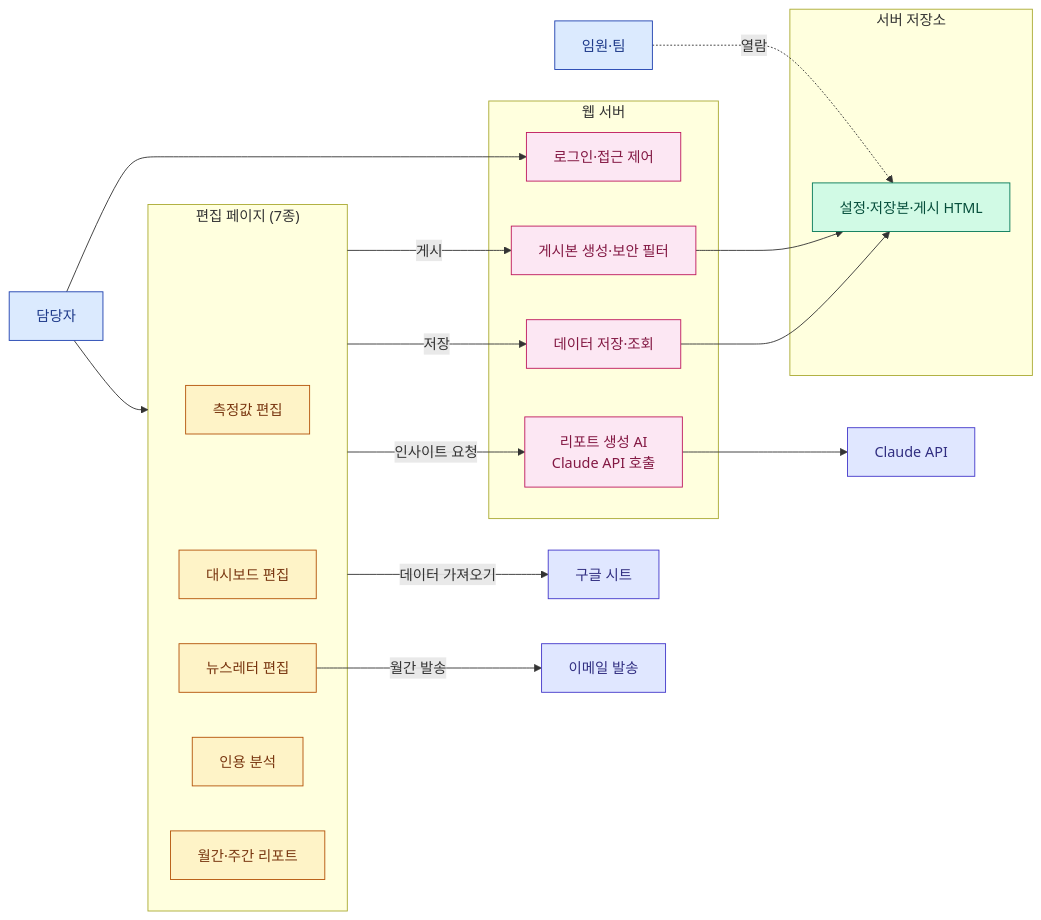
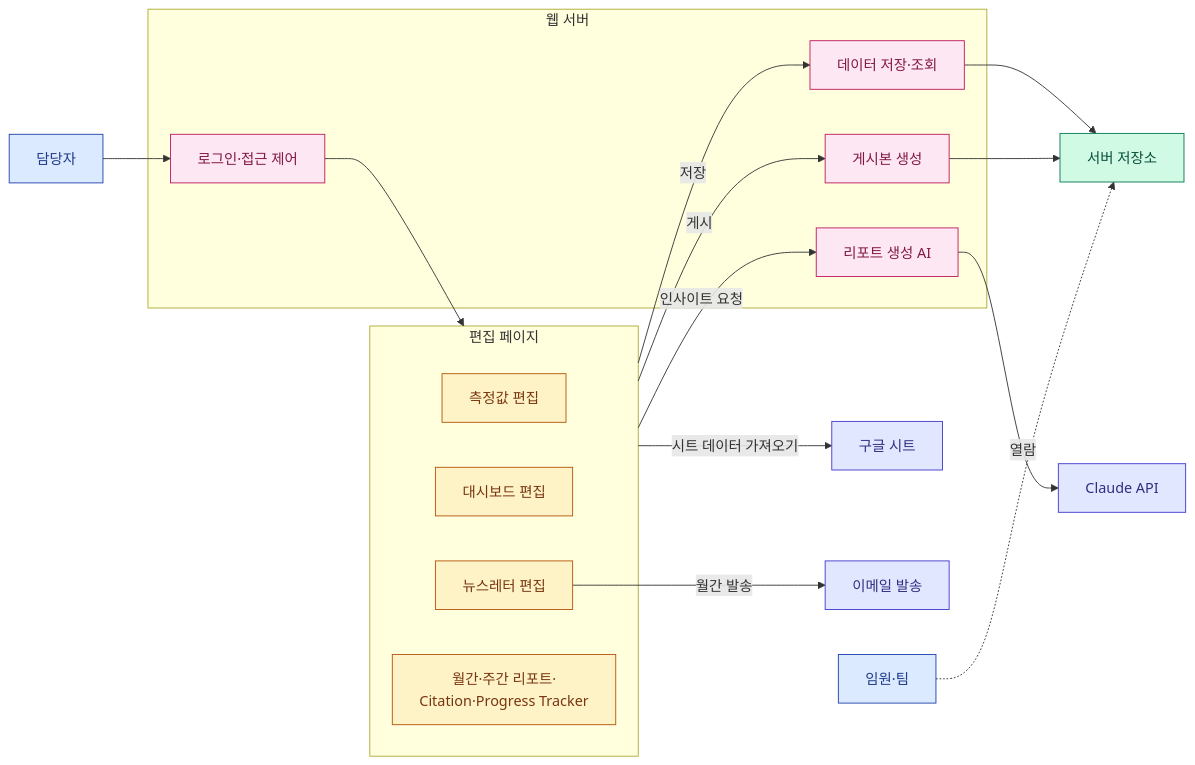
The first of 4 diagrams in docs/ADMIN_PLAN.md (mts8787-droid/my-geo-newsletter), drawn with Mermaid before and after one commit. The commit also changed other lines of this file, not shown here.

````diff
--- a/docs/ADMIN_PLAN.md
+++ b/docs/ADMIN_PLAN.md
@@ -162,43 +32,38 @@
 ```mermaid
 flowchart LR
   classDef user fill:#DBEAFE,stroke:#1E40AF,color:#1E3A8A
   classDef edit fill:#FEF3C7,stroke:#B45309,color:#78350F
   classDef web fill:#FCE7F3,stroke:#BE185D,color:#831843
   classDef store fill:#D1FAE5,stroke:#047857,color:#064E3B
   classDef ext fill:#E0E7FF,stroke:#4338CA,color:#312E81
 
   PIC[담당자]:::user
   Exec[임원·팀]:::user
 
-  subgraph Editor["편집 페이지 (7종)"]
+  subgraph Editor["편집 페이지"]
     VE[측정값 편집]:::edit
     DE[대시보드 편집]:::edit
     NE[뉴스레터 편집]:::edit
-    CE[인용 분석]:::edit
-    MR[월간·주간 리포트]:::edit
+    Others[월간·주간 리포트·<br/>Citation·Progress Tracker]:::edit
   end
 
   subgraph Web["웹 서버"]
     Auth[로그인·접근 제어]:::web
     API[데이터 저장·조회]:::web
-    Pub[게시본 생성·보안 필터]:::web
-    Agent[리포트 생성 AI<br/>Claude API 호출]:::web
+    Pub[게시본 생성]:::web
+    AI[리포트 생성 AI]:::web
   end
 
-  subgraph Data["서버 저장소"]
-    Files[설정·저장본·게시 HTML]:::store
-  end
-
+  Files[서버 저장소]:::store
   GS[구글 시트]:::ext
   Mail[이메일 발송]:::ext
   Claude[Claude API]:::ext
 
-  PIC --> Auth
-  PIC --> Editor
-  Editor -- 데이터 가져오기 --> GS
+  PIC --> Auth --> Editor
+  Editor -- 시트 데이터 가져오기 --> GS
   Editor -- 저장 --> API --> Files
-  Editor -- 인사이트 요청 --> Agent --> Claude
+  Editor -- 인사이트 요청 --> AI --> Claude
   Editor -- 게시 --> Pub --> Files
   NE -- 월간 발송 --> Mail
   Exec -. 열람 .-> Files
 ```
````
